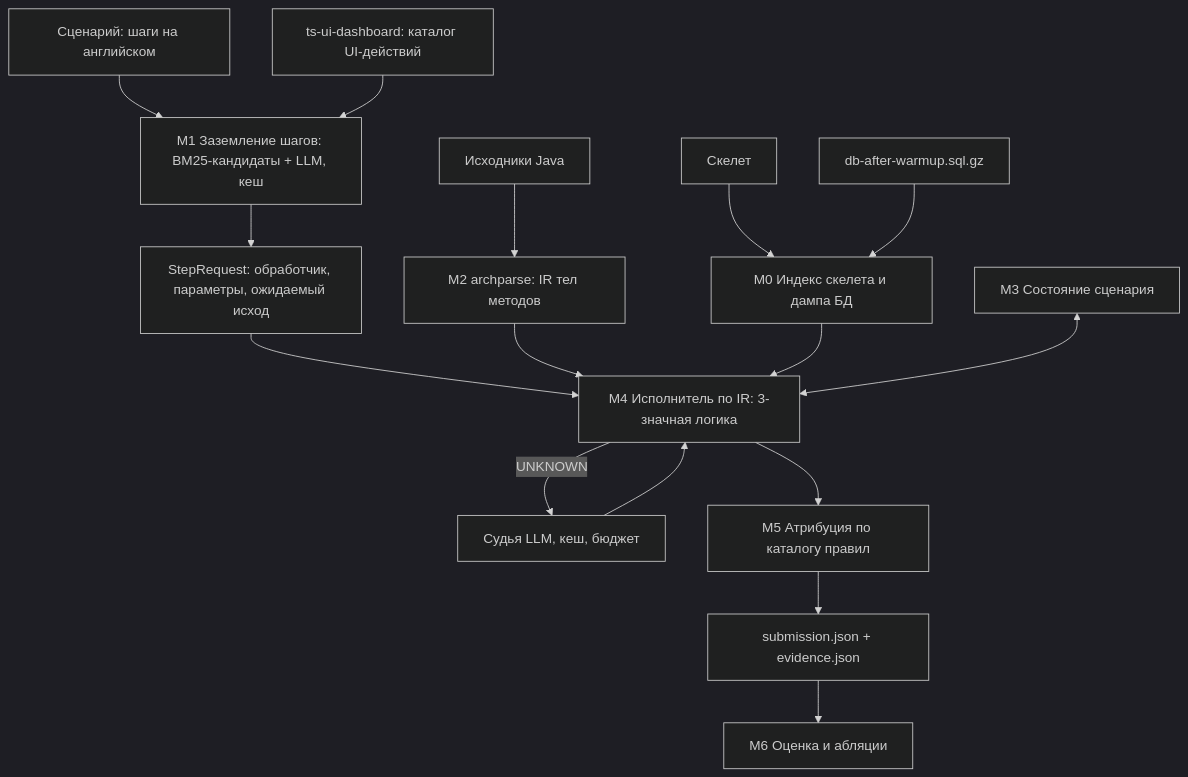
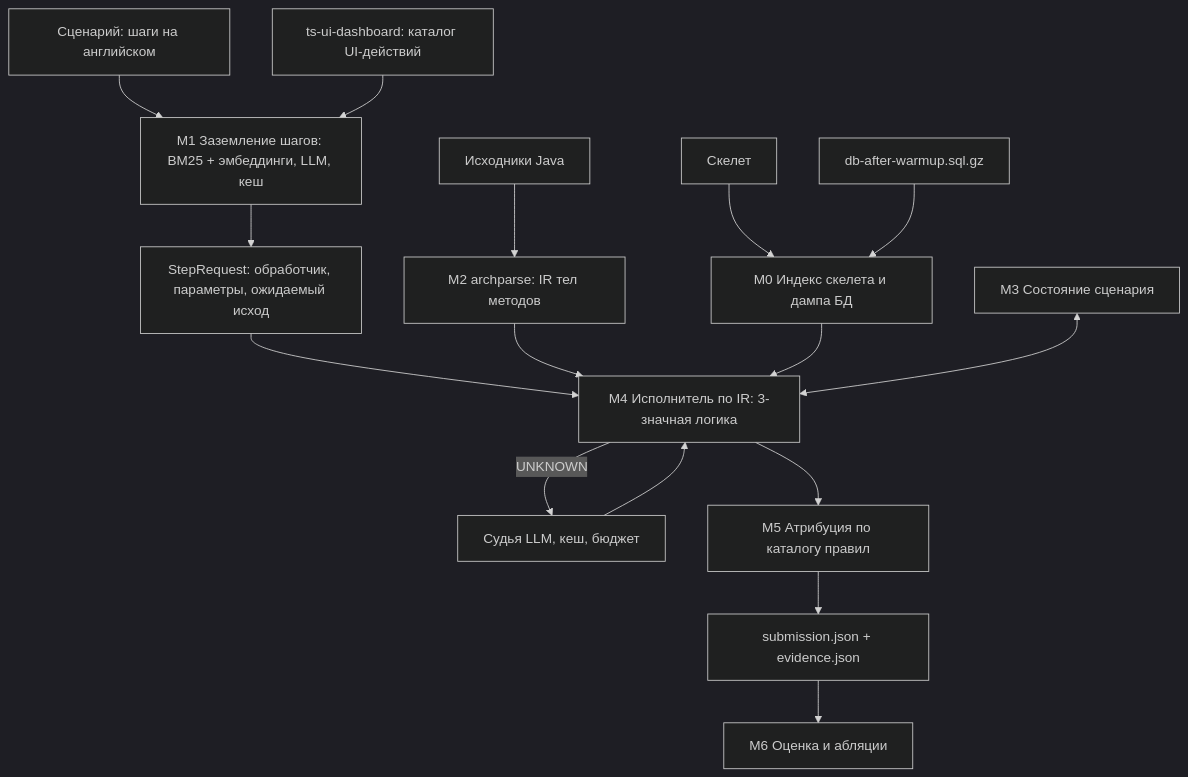
One commit to teamv39/archonity changed the diagram in docs/adr/adr-005_scenario_execution_pipeline.md. Above: the diagram before and after it, drawn with Mermaid (dark theme). The commit also changed other lines of this file and 3 other files, not shown here.

First line of the commit message:
docs: выбор моделей для M1 (эмбеддинги) и LLM, OQ-05

````diff
--- a/docs/adr/adr-005_scenario_execution_pipeline.md
+++ b/docs/adr/adr-005_scenario_execution_pipeline.md
@@ -29,18 +29,18 @@
 ```mermaid
 flowchart TD
     SC["Сценарий: шаги на английском"] --> G
     UI["ts-ui-dashboard: каталог UI-действий"] --> G
-    G["M1 Заземление шагов: BM25-кандидаты + LLM, кеш"] --> REQ["StepRequest: обработчик, параметры, ожидаемый исход"]
+    G["M1 Заземление шагов: BM25 + эмбеддинги, LLM, кеш"] --> REQ["StepRequest: обработчик, параметры, ожидаемый исход"]
     SRC["Исходники Java"] --> IR["M2 archparse: IR тел методов"]
     SK["Скелет"] --> IDX["M0 Индекс скелета и дампа БД"]
     DB["db-after-warmup.sql.gz"] --> IDX
     REQ --> EX["M4 Исполнитель по IR: 3-значная логика"]
     IR --> EX
     IDX --> EX
     ST["M3 Состояние сценария"] <--> EX
     EX -->|"UNKNOWN"| J["Судья LLM, кеш, бюджет"]
     J --> EX
     EX --> ATR["M5 Атрибуция по каталогу правил"]
     ATR --> OUT["submission.json + evidence.json"]
     OUT --> EV["M6 Оценка и абляции"]
 ```
````
